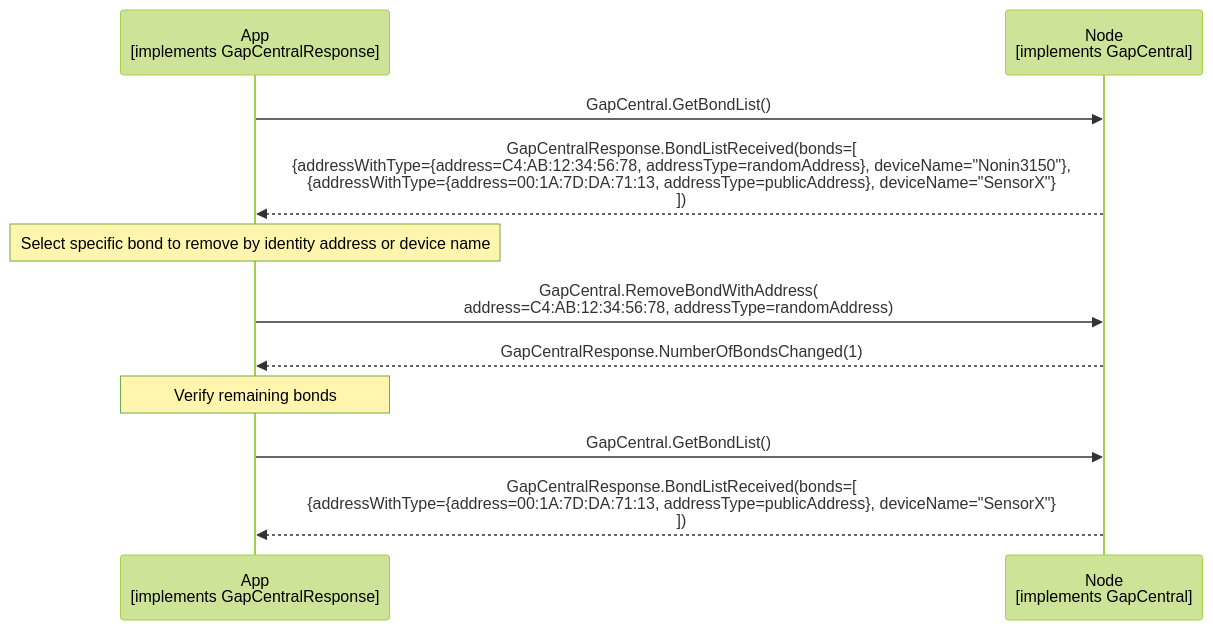
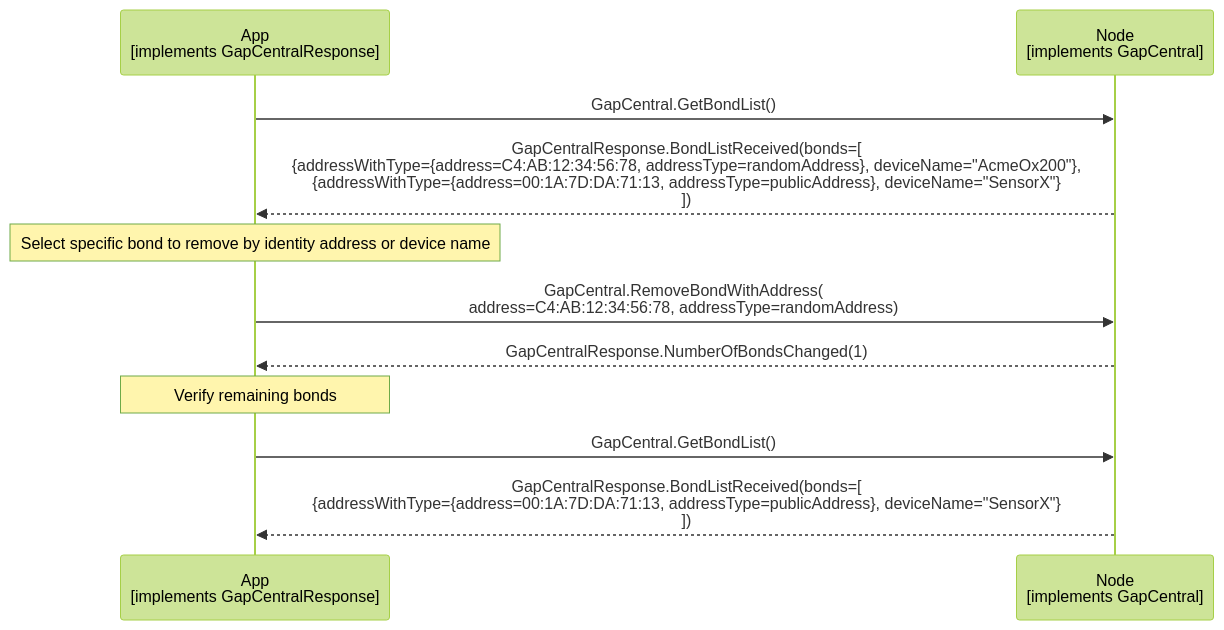
One commit to philips-software/amp-embedded-infra-lib changed the diagram in documents/modules/ROOT/partials/echoservices/gap_central/GapCentral_SelectiveBondRemoval_sequence.mmd. Above: the diagram before and after it, drawn with Mermaid (forest theme). The commit also changed 3 other files, not shown here.

```diff
--- a/documents/modules/ROOT/partials/echoservices/gap_central/GapCentral_SelectiveBondRemoval_sequence.mmd
+++ b/documents/modules/ROOT/partials/echoservices/gap_central/GapCentral_SelectiveBondRemoval_sequence.mmd
@@ -1,16 +1,16 @@
 sequenceDiagram
     participant App as App<br>[implements GapCentralResponse]
     participant Node as Node<br>[implements GapCentral]
 
     App->>Node: GapCentral.GetBondList()
-    Node-->>App: GapCentralResponse.BondListReceived(bonds=[<br>{addressWithType={address=C4:AB:12:34:56:78, addressType=randomAddress}, deviceName="Nonin3150"},<br>{addressWithType={address=00:1A:7D:DA:71:13, addressType=publicAddress}, deviceName="SensorX"}<br>])
+    Node-->>App: GapCentralResponse.BondListReceived(bonds=[<br>{addressWithType={address=C4:AB:12:34:56:78, addressType=randomAddress}, deviceName="AcmeOx200"},<br>{addressWithType={address=00:1A:7D:DA:71:13, addressType=publicAddress}, deviceName="SensorX"}<br>])
 
     Note over App: Select specific bond to remove by identity address or device name 
 
     App->>Node: GapCentral.RemoveBondWithAddress(<br>address=C4:AB:12:34:56:78, addressType=randomAddress)
     Node-->>App: GapCentralResponse.NumberOfBondsChanged(1)
 
     Note over App: Verify remaining bonds
 
     App->>Node: GapCentral.GetBondList()
     Node-->>App: GapCentralResponse.BondListReceived(bonds=[<br>{addressWithType={address=00:1A:7D:DA:71:13, addressType=publicAddress}, deviceName="SensorX"}<br>])
```
